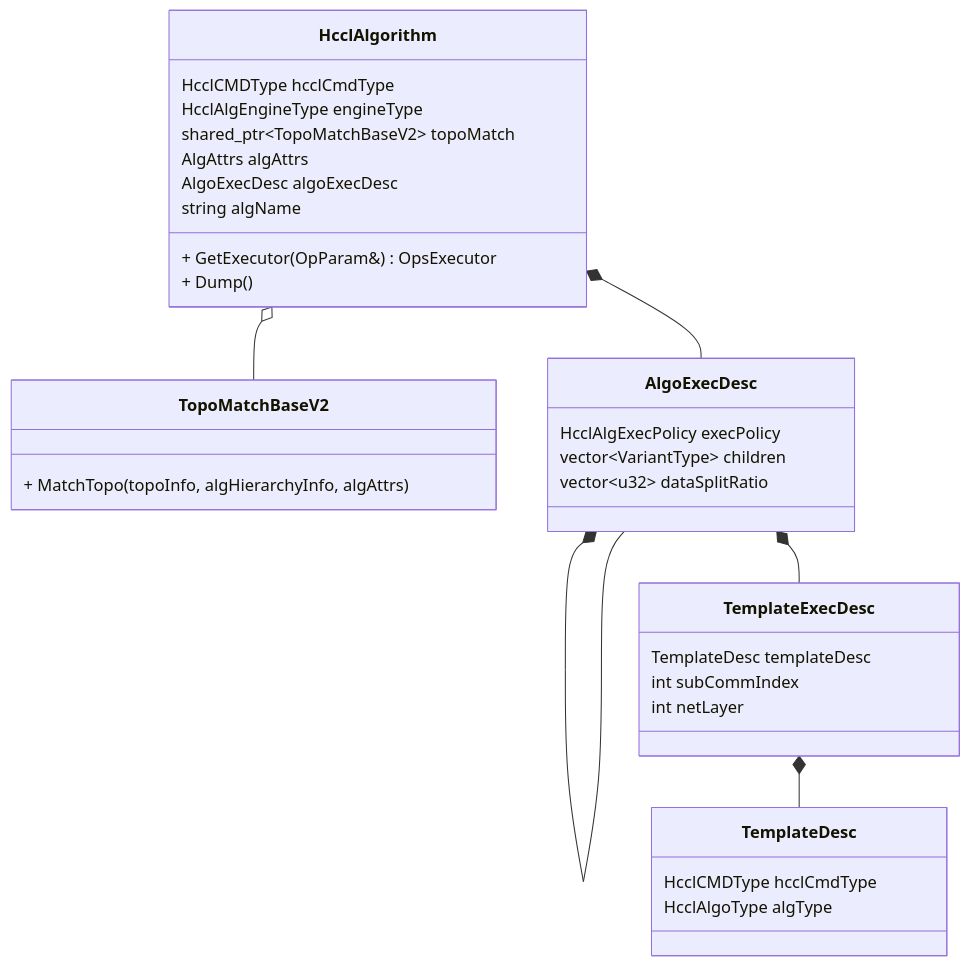
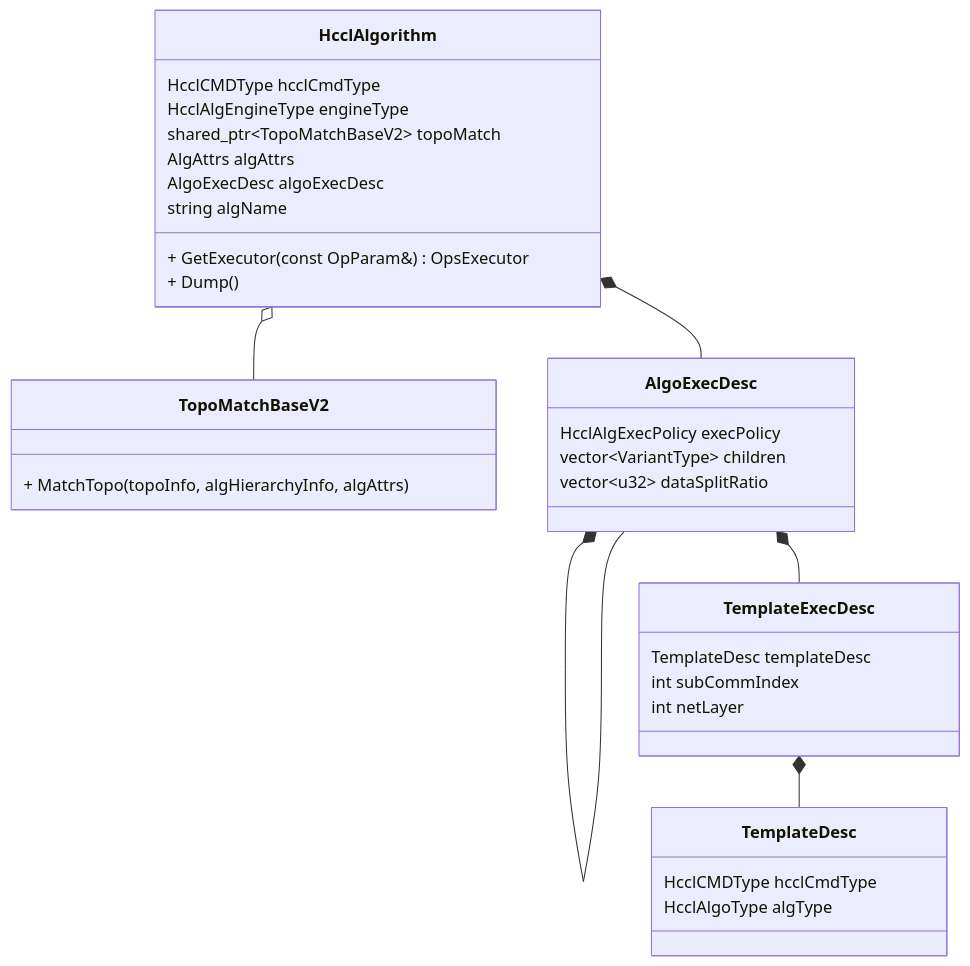
One commit to Fengfengst123/hccl-mirror changed the third of 10 diagrams in docs/zh/rfcs/0003-executor-template-refactor.md. Above: the diagram before and after it, drawn with Mermaid. The commit also changed other lines of this file and 25 other files, not shown here.

````diff
--- a/docs/zh/rfcs/0003-executor-template-refactor.md
+++ b/docs/zh/rfcs/0003-executor-template-refactor.md
@@ -279,35 +281,35 @@
 ```mermaid
 classDiagram
     class HcclAlgorithm {
         HcclCMDType hcclCmdType
         HcclAlgEngineType engineType
         shared_ptr~TopoMatchBaseV2~ topoMatch
         AlgAttrs algAttrs
         AlgoExecDesc algoExecDesc
         string algName
-        + GetExecutor(OpParam&) OpsExecutor
+        + GetExecutor(const OpParam&) OpsExecutor
         + Dump()
     }
     class TopoMatchBaseV2 {
         + MatchTopo(topoInfo, algHierarchyInfo, algAttrs)
     }
     class AlgoExecDesc {
         HcclAlgExecPolicy execPolicy
         vector~VariantType~ children
         vector~u32~ dataSplitRatio
     }
     class TemplateExecDesc {
         TemplateDesc templateDesc
         int subCommIndex
         int netLayer
     }
     class TemplateDesc {
         HcclCMDType hcclCmdType
         HcclAlgoType algType
     }
     HcclAlgorithm *-- AlgoExecDesc
     HcclAlgorithm o-- TopoMatchBaseV2
     AlgoExecDesc *-- AlgoExecDesc
     AlgoExecDesc *-- TemplateExecDesc
     TemplateExecDesc *-- TemplateDesc
 ```
````
